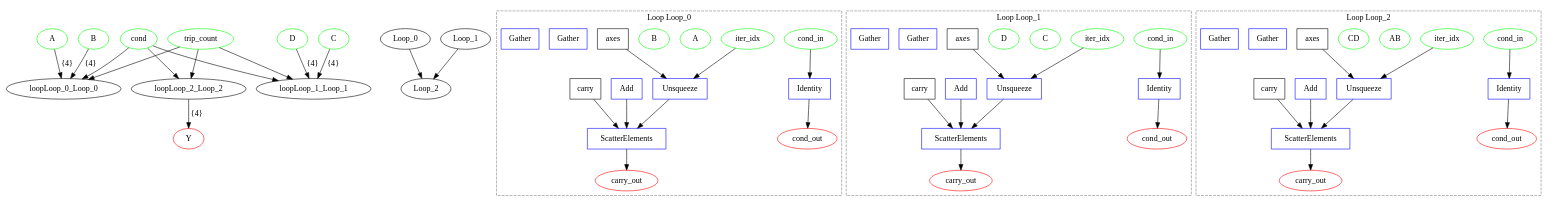
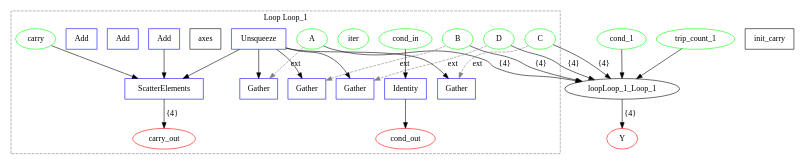
The diagram in examples/onnx/addchain_test.dot (specs-feup/onnx-flow), drawn with Graphviz before and after one commit. The commit also changed 17 other files, not shown here.

```diff
--- a/examples/onnx/addchain_test.dot
+++ b/examples/onnx/addchain_test.dot
@@ -1,110 +1,55 @@
 digraph {
   graph [compound=true];
   A [label=A shape=ellipse color="#00FF00"];
   B [label=B shape=ellipse color="#00FF00"];
   C [label=C shape=ellipse color="#00FF00"];
   D [label=D shape=ellipse color="#00FF00"];
+  cond_1 [label=cond_1 shape=ellipse color="#00FF00"];
   Y [label=Y shape=ellipse color="#FF0000"];
-  Loop_0 -> Loop_2 [label=""];
-  Loop_1 -> Loop_2 [label=""];
-  trip_count [label=trip_count shape=ellipse color="#00FF00"];
-  cond [label=cond shape=ellipse color="#00FF00"];
-  subgraph cluster_loop_Loop_0 {
-    graph [rankdir=LR compound=true];
-    loopLoop_0_iter_idx [label=iter_idx shape=ellipse color="#00FF00"];
-    loopLoop_0_cond_in [label=cond_in shape=ellipse color="#00FF00"];
-    loopLoop_0_carry [label=carry shape=box];
-    loopLoop_0_A [label=A shape=ellipse color="#00FF00"];
-    loopLoop_0_B [label=B shape=ellipse color="#00FF00"];
-    loopLoop_0_axes [label=axes shape=box];
-    loopLoop_0_idx_unsq [label=Unsqueeze shape=box color="#0000FF"];
-    loopLoop_0_g_A [label=Gather shape=box color="#0000FF"];
-    loopLoop_0_g_B [label=Gather shape=box color="#0000FF"];
-    loopLoop_0_Add_0 [label=Add shape=box color="#0000FF"];
-    loopLoop_0_scatter [label=ScatterElements shape=box color="#0000FF"];
-    loopLoop_0_carry_out [label=carry_out shape=ellipse color="#FF0000"];
-    loopLoop_0_id_cond [label=Identity shape=box color="#0000FF"];
-    loopLoop_0_cond_out [label=cond_out shape=ellipse color="#FF0000"];
-    loopLoop_0_iter_idx -> loopLoop_0_idx_unsq [label=""];
-    loopLoop_0_axes -> loopLoop_0_idx_unsq [label=""];
-    loopLoop_0_carry -> loopLoop_0_scatter [label=""];
-    loopLoop_0_idx_unsq -> loopLoop_0_scatter [label=""];
-    loopLoop_0_Add_0 -> loopLoop_0_scatter [label=""];
-    loopLoop_0_scatter -> loopLoop_0_carry_out [label=""];
-    loopLoop_0_cond_in -> loopLoop_0_id_cond [label=""];
-    loopLoop_0_id_cond -> loopLoop_0_cond_out [label=""];
-    graph [label="Loop Loop_0"];
-    graph [style=dashed];
-    graph [color=gray];
-  }
-
+  init_carry [label=init_carry shape=box];
   subgraph cluster_loop_Loop_1 {
     graph [rankdir=LR compound=true];
-    loopLoop_1_iter_idx [label=iter_idx shape=ellipse color="#00FF00"];
+    loopLoop_1_iter [label=iter shape=ellipse color="#00FF00"];
     loopLoop_1_cond_in [label=cond_in shape=ellipse color="#00FF00"];
-    loopLoop_1_carry [label=carry shape=box];
-    loopLoop_1_C [label=C shape=ellipse color="#00FF00"];
-    loopLoop_1_D [label=D shape=ellipse color="#00FF00"];
+    loopLoop_1_carry [label=carry shape=ellipse color="#00FF00"];
     loopLoop_1_axes [label=axes shape=box];
-    loopLoop_1_idx_unsq [label=Unsqueeze shape=box color="#0000FF"];
-    loopLoop_1_g_C [label=Gather shape=box color="#0000FF"];
-    loopLoop_1_g_D [label=Gather shape=box color="#0000FF"];
+    loopLoop_1_unsq [label=Unsqueeze shape=box color="#0000FF"];
+    loopLoop_1_unsq -> loopLoop_1_g_C_1 [label=""];
+    loopLoop_1_unsq -> loopLoop_1_g_D_1 [label=""];
+    loopLoop_1_unsq -> loopLoop_1_g_A_0 [label=""];
+    loopLoop_1_unsq -> loopLoop_1_g_B_0 [label=""];
+    loopLoop_1_unsq -> loopLoop_1_scatter [label=""];
+    loopLoop_1_g_C_1 [label=Gather shape=box color="#0000FF"];
+    loopLoop_1_g_D_1 [label=Gather shape=box color="#0000FF"];
     loopLoop_1_Add_1 [label=Add shape=box color="#0000FF"];
+    loopLoop_1_g_A_0 [label=Gather shape=box color="#0000FF"];
+    loopLoop_1_g_B_0 [label=Gather shape=box color="#0000FF"];
+    loopLoop_1_Add_0 [label=Add shape=box color="#0000FF"];
+    loopLoop_1_Add_2 [label=Add shape=box color="#0000FF"];
+    loopLoop_1_Add_2 -> loopLoop_1_scatter [label=""];
     loopLoop_1_scatter [label=ScatterElements shape=box color="#0000FF"];
-    loopLoop_1_carry_out [label=carry_out shape=ellipse color="#FF0000"];
     loopLoop_1_id_cond [label=Identity shape=box color="#0000FF"];
     loopLoop_1_cond_out [label=cond_out shape=ellipse color="#FF0000"];
-    loopLoop_1_iter_idx -> loopLoop_1_idx_unsq [label=""];
-    loopLoop_1_axes -> loopLoop_1_idx_unsq [label=""];
+    loopLoop_1_carry_out [label=carry_out shape=ellipse color="#FF0000"];
     loopLoop_1_carry -> loopLoop_1_scatter [label=""];
-    loopLoop_1_idx_unsq -> loopLoop_1_scatter [label=""];
-    loopLoop_1_Add_1 -> loopLoop_1_scatter [label=""];
-    loopLoop_1_scatter -> loopLoop_1_carry_out [label=""];
     loopLoop_1_cond_in -> loopLoop_1_id_cond [label=""];
     loopLoop_1_id_cond -> loopLoop_1_cond_out [label=""];
+    loopLoop_1_scatter -> loopLoop_1_carry_out [label="{4}"];
+    C -> loopLoop_1_g_C_1 [style=dashed color=gray label=ext];
+    D -> loopLoop_1_g_D_1 [style=dashed color=gray label=ext];
+    A -> loopLoop_1_g_A_0 [style=dashed color=gray label=ext];
+    B -> loopLoop_1_g_B_0 [style=dashed color=gray label=ext];
     graph [label="Loop Loop_1"];
     graph [style=dashed];
     graph [color=gray];
   }
 
-  subgraph cluster_loop_Loop_2 {
-    graph [rankdir=LR compound=true];
-    loopLoop_2_iter_idx [label=iter_idx shape=ellipse color="#00FF00"];
-    loopLoop_2_cond_in [label=cond_in shape=ellipse color="#00FF00"];
-    loopLoop_2_carry [label=carry shape=box];
-    loopLoop_2_AB [label=AB shape=ellipse color="#00FF00"];
-    loopLoop_2_CD [label=CD shape=ellipse color="#00FF00"];
-    loopLoop_2_axes [label=axes shape=box];
-    loopLoop_2_idx_unsq [label=Unsqueeze shape=box color="#0000FF"];
-    loopLoop_2_g_AB [label=Gather shape=box color="#0000FF"];
-    loopLoop_2_g_CD [label=Gather shape=box color="#0000FF"];
-    loopLoop_2_Add_2 [label=Add shape=box color="#0000FF"];
-    loopLoop_2_scatter [label=ScatterElements shape=box color="#0000FF"];
-    loopLoop_2_carry_out [label=carry_out shape=ellipse color="#FF0000"];
-    loopLoop_2_id_cond [label=Identity shape=box color="#0000FF"];
-    loopLoop_2_cond_out [label=cond_out shape=ellipse color="#FF0000"];
-    loopLoop_2_iter_idx -> loopLoop_2_idx_unsq [label=""];
-    loopLoop_2_axes -> loopLoop_2_idx_unsq [label=""];
-    loopLoop_2_carry -> loopLoop_2_scatter [label=""];
-    loopLoop_2_idx_unsq -> loopLoop_2_scatter [label=""];
-    loopLoop_2_Add_2 -> loopLoop_2_scatter [label=""];
-    loopLoop_2_scatter -> loopLoop_2_carry_out [label=""];
-    loopLoop_2_cond_in -> loopLoop_2_id_cond [label=""];
-    loopLoop_2_id_cond -> loopLoop_2_cond_out [label=""];
-    graph [label="Loop Loop_2"];
-    graph [style=dashed];
-    graph [color=gray];
-  }
-
-  cond -> loopLoop_0_Loop_0 [label="" lhead=cluster_loop_Loop_0];
-  cond -> loopLoop_1_Loop_1 [label="" lhead=cluster_loop_Loop_1];
-  cond -> loopLoop_2_Loop_2 [label="" lhead=cluster_loop_Loop_2];
-  A -> loopLoop_0_Loop_0 [label="{4}" lhead=cluster_loop_Loop_0];
-  B -> loopLoop_0_Loop_0 [label="{4}" lhead=cluster_loop_Loop_0];
+  trip_count_1 [label=trip_count_1 shape=ellipse color="#00FF00"];
+  trip_count_1 -> loopLoop_1_Loop_1 [label="" lhead=cluster_loop_Loop_1];
+  A -> loopLoop_1_Loop_1 [label="{4}" lhead=cluster_loop_Loop_1];
+  cond_1 -> loopLoop_1_Loop_1 [label="" lhead=cluster_loop_Loop_1];
   C -> loopLoop_1_Loop_1 [label="{4}" lhead=cluster_loop_Loop_1];
   D -> loopLoop_1_Loop_1 [label="{4}" lhead=cluster_loop_Loop_1];
-  loopLoop_2_Loop_2 -> Y [label="{4}" ltail=cluster_loop_Loop_2];
-  trip_count -> loopLoop_0_Loop_0 [label="" lhead=cluster_loop_Loop_0];
-  trip_count -> loopLoop_1_Loop_1 [label="" lhead=cluster_loop_Loop_1];
-  trip_count -> loopLoop_2_Loop_2 [label="" lhead=cluster_loop_Loop_2];
+  B -> loopLoop_1_Loop_1 [label="{4}" lhead=cluster_loop_Loop_1];
+  loopLoop_1_Loop_1 -> Y [label="{4}" ltail=cluster_loop_Loop_1];
 }
```
